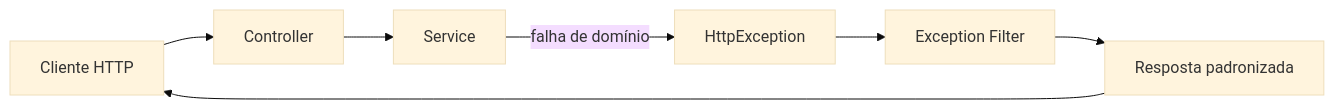
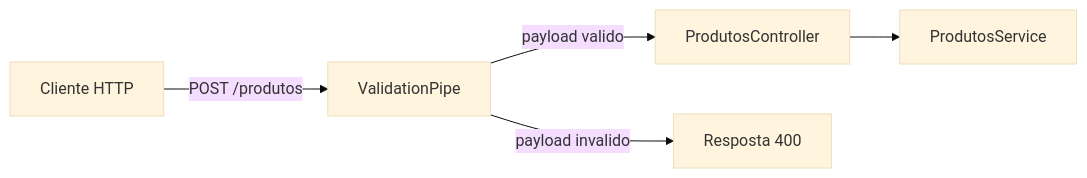
One commit to luciano-alexandre/desen-web-backend changed the diagram in docs/encontros/encontro-08.md. Above: the diagram before and after it, drawn with Mermaid (base theme). The commit also changed other lines of this file and 4 other files, not shown here.

````diff
--- a/docs/encontros/encontro-08.md
+++ b/docs/encontros/encontro-08.md
@@ -115,9 +152,7 @@
 ```mermaid
 flowchart LR
-    C[Cliente HTTP] --> CT[Controller]
-    CT --> SV[Service]
-    SV -->|falha de domínio| EX[HttpException]
-    EX --> FL[Exception Filter]
-    FL --> R[Resposta padronizada]
-    R --> C
+    C[Cliente HTTP] -->|POST /produtos| P[ValidationPipe]
+    P -->|payload valido| CT[ProdutosController]
+    CT --> SV[ProdutosService]
+    P -->|payload invalido| E[Resposta 400]
 ```
````
